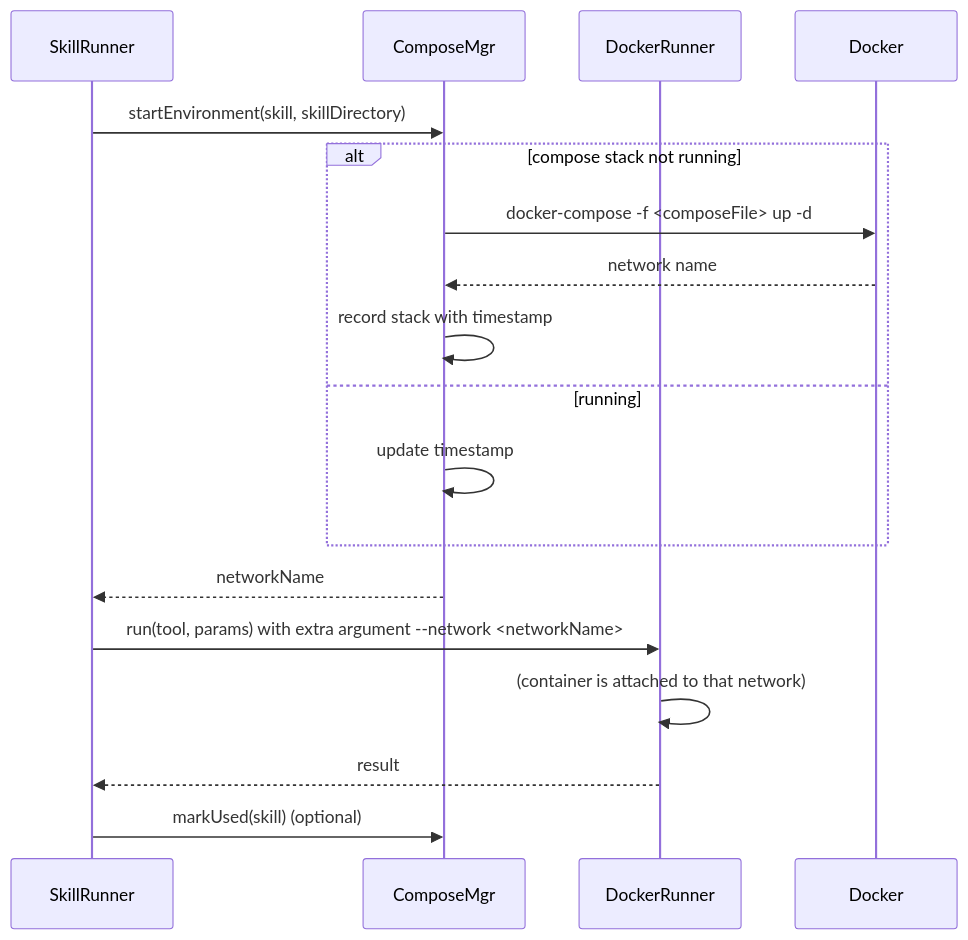
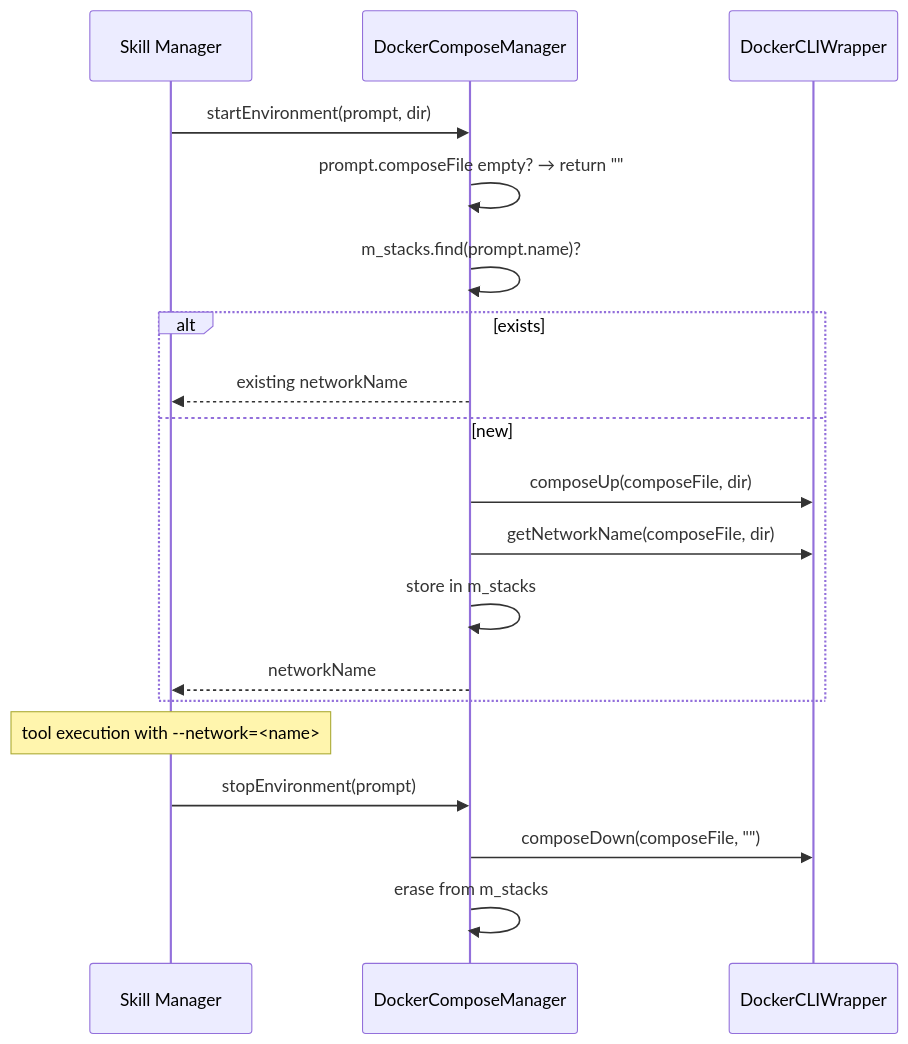
Before and after one commit to opensassi/a0: the fourth of 5 diagrams in src/docker/technical-specification.md, drawn with Mermaid. The commit also changed other lines of this file and 165 other files, not shown here.

````diff
--- a/src/docker/technical-specification.md
+++ b/src/docker/technical-specification.md
@@ -289,21 +336,24 @@
 ```mermaid
 sequenceDiagram
-    participant SkillRunner
-    participant ComposeMgr
-    participant DockerRunner
-    participant Docker
+    participant SM as Skill Manager
+    participant CompM as DockerComposeManager
+    participant CLI as DockerCLIWrapper
 
-    SkillRunner->>ComposeMgr: startEnvironment(skill, skillDirectory)
-    alt compose stack not running
-        ComposeMgr->>Docker: docker-compose -f <composeFile> up -d
-        Docker-->>ComposeMgr: network name
-        ComposeMgr->>ComposeMgr: record stack with timestamp
-    else running
-        ComposeMgr->>ComposeMgr: update timestamp
+    SM->>CompM: startEnvironment(prompt, dir)
+    CompM->>CompM: prompt.composeFile empty? → return ""
+    CompM->>CompM: m_stacks.find(prompt.name)?
+    alt exists
+        CompM-->>SM: existing networkName
+    else new
+        CompM->>CLI: composeUp(composeFile, dir)
+        CompM->>CLI: getNetworkName(composeFile, dir)
+        CompM->>CompM: store in m_stacks
+        CompM-->>SM: networkName
     end
-    ComposeMgr-->>SkillRunner: networkName
-    SkillRunner->>DockerRunner: run(tool, params) with extra argument --network <networkName>
-    DockerRunner->>DockerRunner: (container is attached to that network)
-    DockerRunner-->>SkillRunner: result
-    SkillRunner->>ComposeMgr: markUsed(skill)   (optional)
+
+    Note over SM: tool execution with --network=<name>
+
+    SM->>CompM: stopEnvironment(prompt)
+    CompM->>CLI: composeDown(composeFile, "")
+    CompM->>CompM: erase from m_stacks
 ```
````
